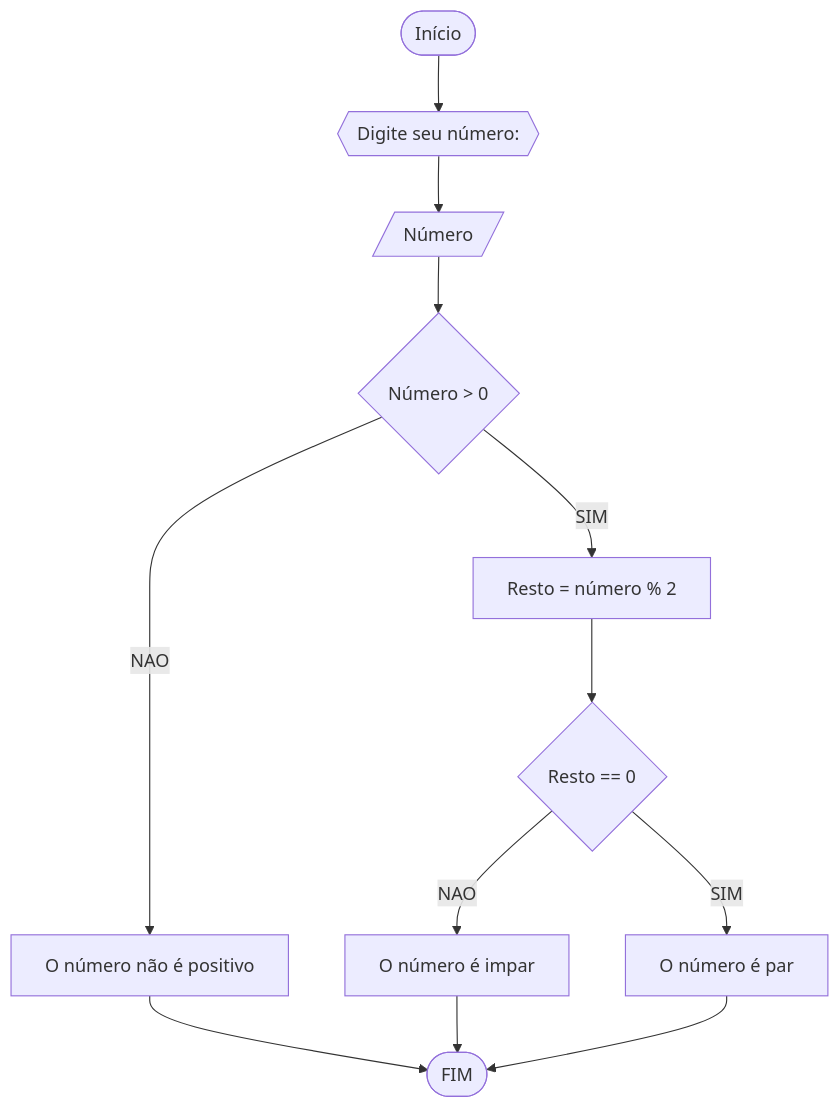
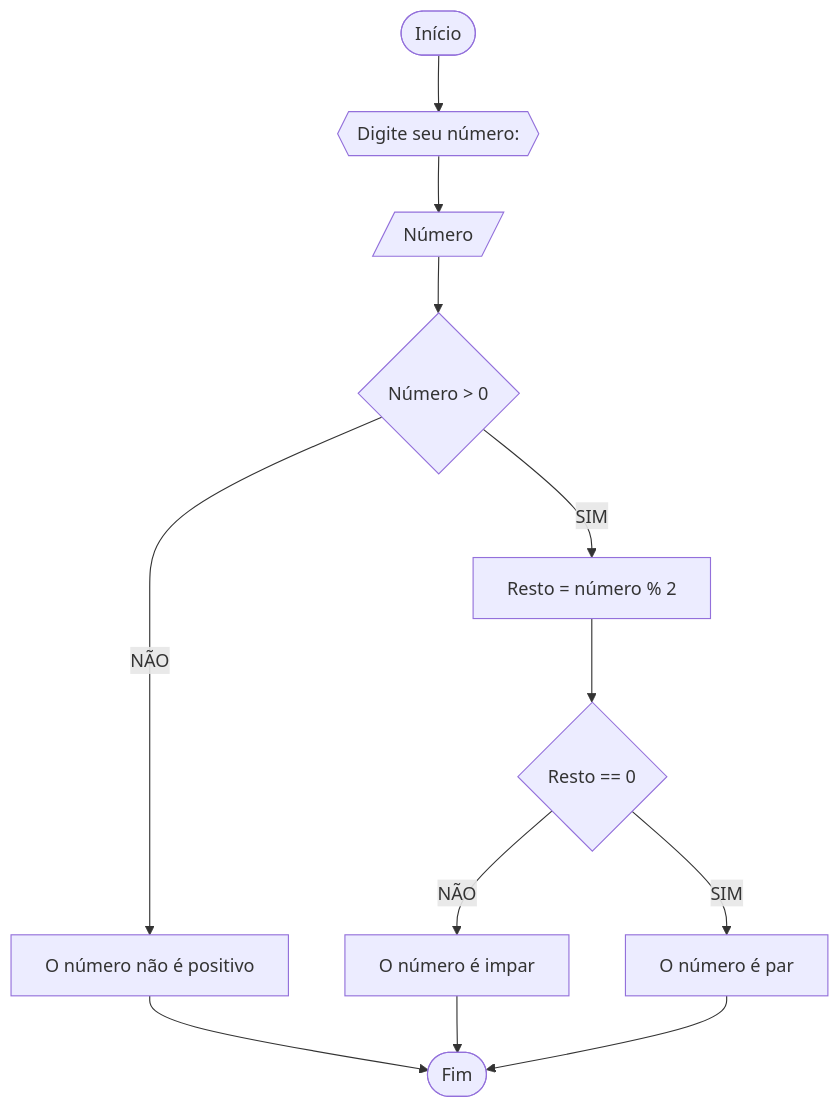
Before and after one commit to Jandih/Unifor: the second of 2 diagrams in RLA/lista_exercicio.md, drawn with Mermaid. The commit also changed other lines of this file, not shown here.

`````diff
--- a/RLA/lista_exercicio.md
+++ b/RLA/lista_exercicio.md
@@ -8,14 +35,14 @@
 ````mermaid
 flowchart TD
 A([Início]) --> B{{ Digite seu número:}}
 B --> C[/Número/]
 C --> D{Número > 0}
-D --NAO--> E[O número não é positivo]
+D --NÃO--> E[O número não é positivo]
 D --SIM--> F[Resto = número % 2]
-E --> Z([FIM])
+E --> Z([Fim])
 F --> G{Resto == 0}
-G --NAO--> H[O número é impar]
+G --NÃO--> H[O número é impar]
 G --SIM--> I[O número é par]
 H --> Z
 I --> Z
 ````
`````
